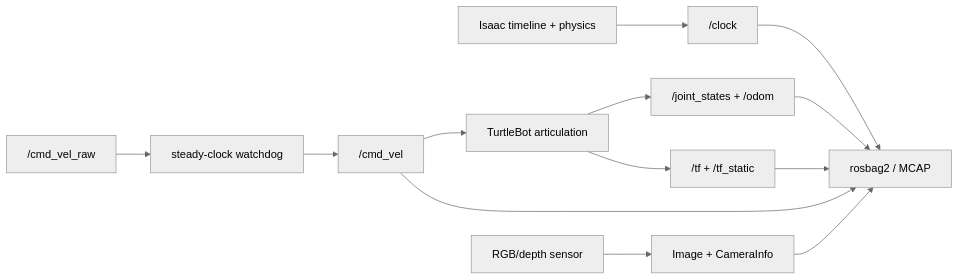
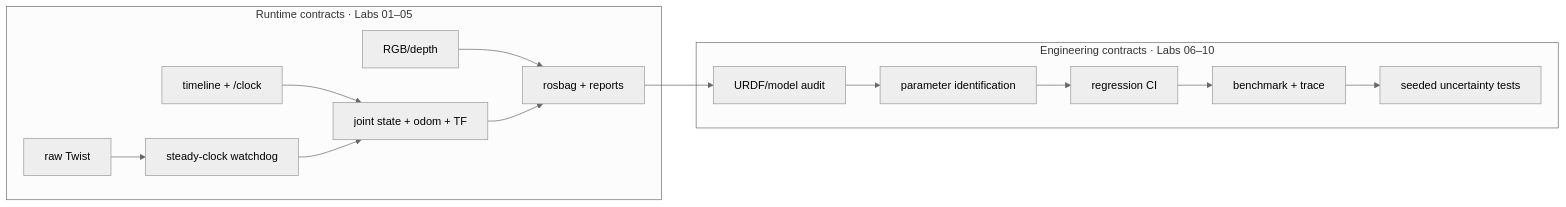
Before and after one commit to buicongnguyen/buicongnguyen.github.io: the first of 2 diagrams in robotics-simulation-engineer/ros2-labs.md, drawn with Mermaid (neutral theme). The commit also changed other lines of this file and 45 other files, not shown here.

Commit message:
Expand Isaac Sim course to ten verified labs

````diff
--- a/robotics-simulation-engineer/ros2-labs.md
+++ b/robotics-simulation-engineer/ros2-labs.md
@@ -38,13 +44,14 @@
 ```mermaid
 flowchart LR
-    Timeline["Isaac timeline + physics"] --> Clock["/clock"]
-    Robot["TurtleBot articulation"] --> State["/joint_states + /odom"]
-    Robot --> TF["/tf + /tf_static"]
-    Raw["/cmd_vel_raw"] --> WD["steady-clock watchdog"] --> Cmd["/cmd_vel"] --> Robot
-    Camera["RGB/depth sensor"] --> Images["Image + CameraInfo"]
-    Clock --> Bag["rosbag2 / MCAP"]
+  subgraph Runtime["Runtime contracts · Labs 01–05"]
+    Time["timeline + /clock"] --> State["joint state + odom + TF"]
+    Command["raw Twist"] --> Guard["steady-clock watchdog"] --> State
+    Sensor["RGB/depth"] --> Bag["rosbag + reports"]
     State --> Bag
-    TF --> Bag
-    Cmd --> Bag
-    Images --> Bag
+  end
+  subgraph Engineering["Engineering contracts · Labs 06–10"]
+    Model["URDF/model audit"] --> Physics["parameter identification"] --> CI["regression CI"]
+    CI --> Profile["benchmark + trace"] --> Robust["seeded uncertainty tests"]
+  end
+  Bag --> Model
 ```
````
